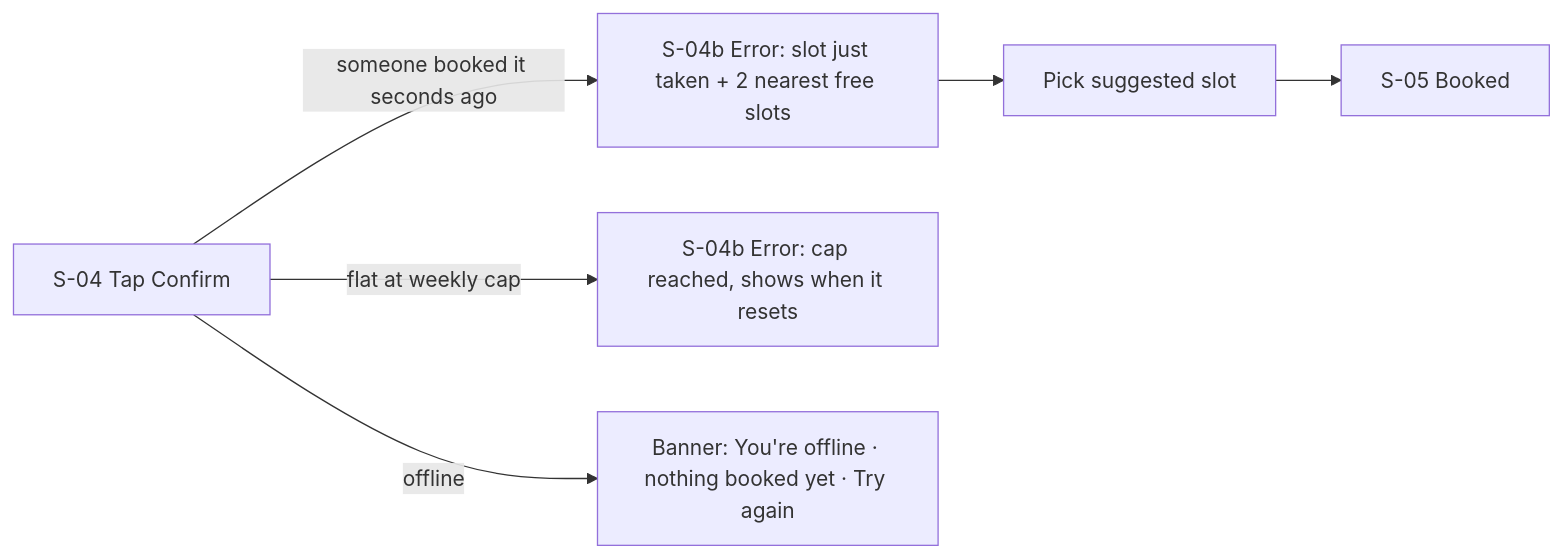
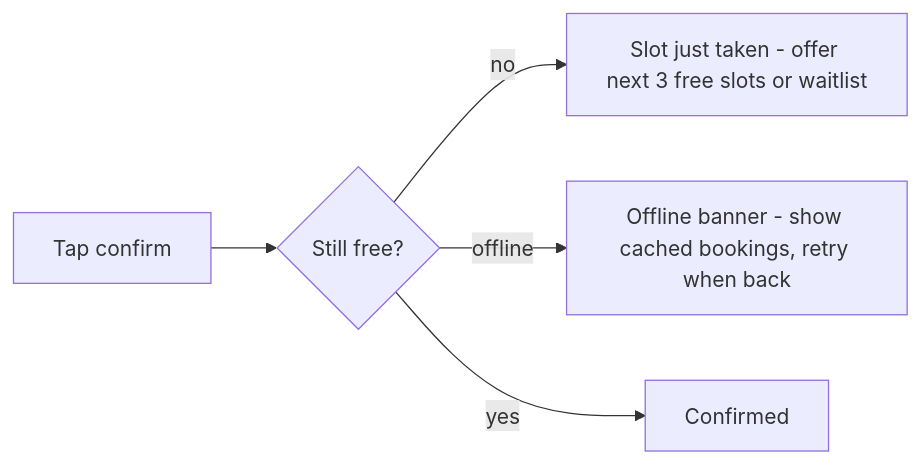
Before and after one commit to sairam5294/makerline: the fourth of 4 diagrams in examples/idea-pack-clubslot/docs/product/DESIGN_DIRECTION.md, drawn with Mermaid. The commit also changed other lines of this file and 40 other files, not shown here.

````diff
--- a/examples/idea-pack-clubslot/docs/product/DESIGN_DIRECTION.md
+++ b/examples/idea-pack-clubslot/docs/product/DESIGN_DIRECTION.md
@@ -64,7 +61,7 @@
 ```mermaid
 flowchart LR
-  A[S-04 Tap Confirm] -->|someone booked it seconds ago| B[S-04b Error: slot just taken + 2 nearest free slots]
-  A -->|flat at weekly cap| C[S-04b Error: cap reached, shows when it resets]
-  A -->|offline| D[Banner: You're offline · nothing booked yet · Try again]
-  B --> E[Pick suggested slot] --> F[S-05 Booked]
+  Confirm[Tap confirm] --> Check{Still free?}
+  Check -->|no| Taken[Slot just taken - offer next 3 free slots or waitlist]
+  Check -->|offline| Off[Offline banner - show cached bookings, retry when back]
+  Check -->|yes| Done[Confirmed]
 ```
````
